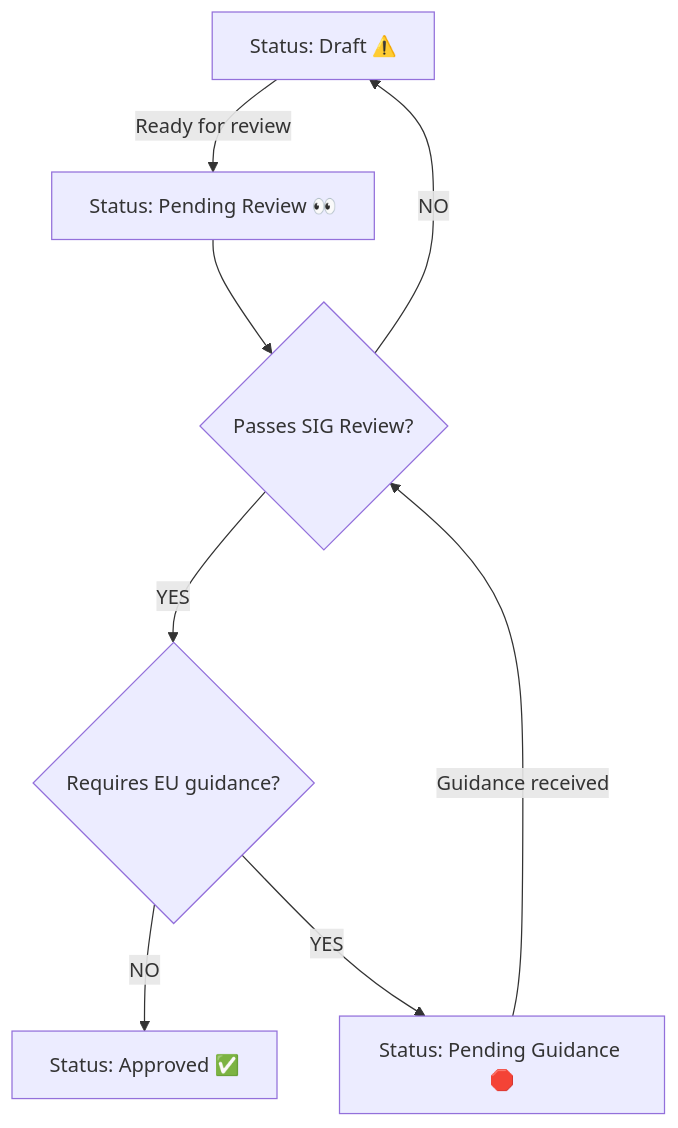
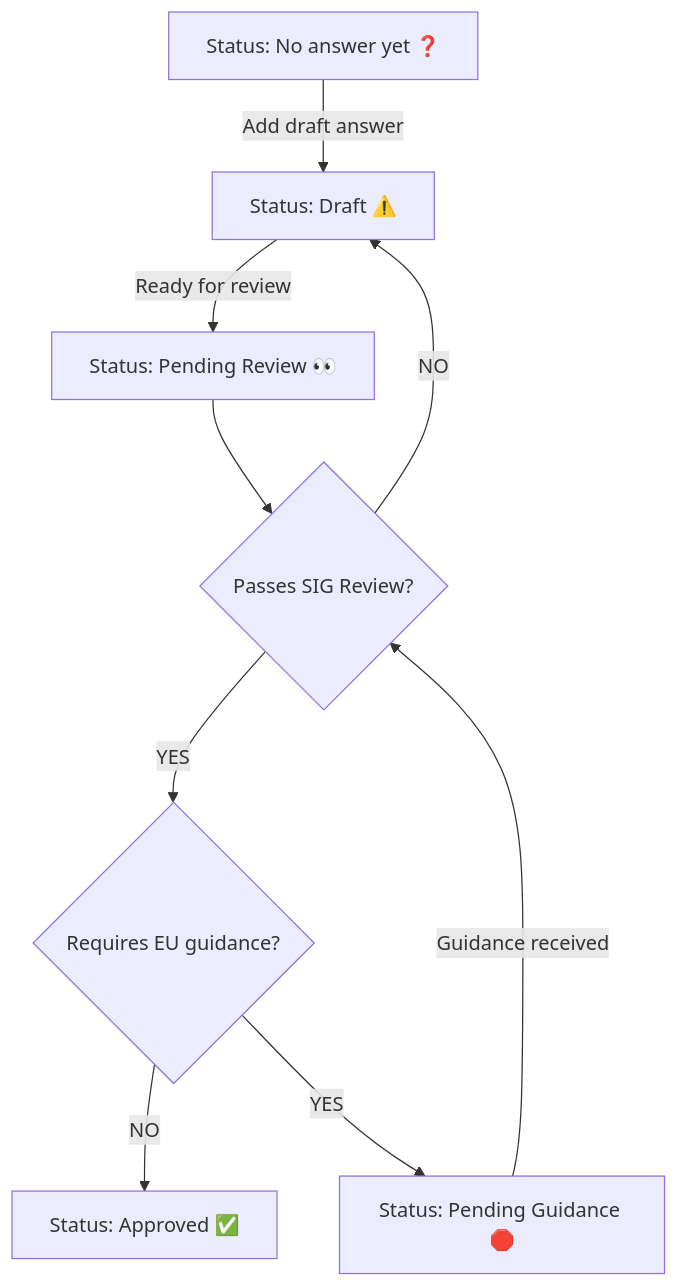
The first of 2 diagrams in faq.md (orcwg/cra-hub), drawn with Mermaid before and after one commit.

Commit message:
Update process to account for new status

````diff
--- a/faq.md
+++ b/faq.md
@@ -47,14 +47,16 @@
 ```mermaid
 flowchart TD
+    start[Status: No answer yet ❓]
     A[Status: Draft ⚠️]
     B[Status: Pending Review 👀]
     C[Status: Approved ✅]
     D[Status: Pending Guidance 🛑]
+    start -- Add draft answer --> A
     A -- Ready for review --> B
     B --> SIG{"Passes SIG Review?"}
     SIG -- YES --> Q{"Requires EU guidance?"}
     SIG -- NO --> A
     Q -- NO --> C
     Q -- YES --> D
     D -- Guidance received --> SIG
 ```
````
